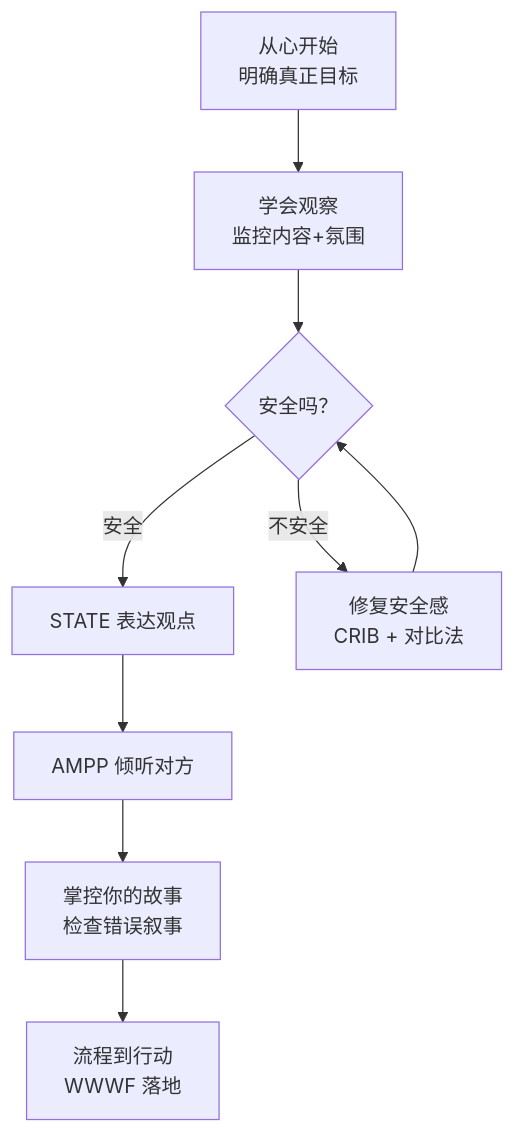
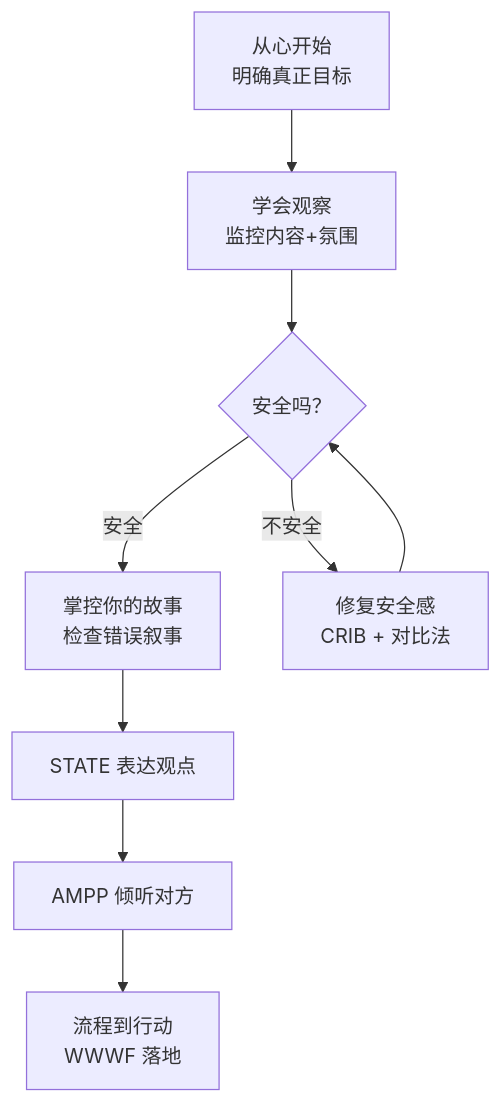
The third of 3 diagrams in 6.BookNotes/《关键对话》/关键对话.md (aawujie/obsidian-notes), drawn with Mermaid before and after one commit. The commit also changed other lines of this file, not shown here.

````diff
--- a/6.BookNotes/《关键对话》/关键对话.md
+++ b/6.BookNotes/《关键对话》/关键对话.md
@@ -148,11 +162,11 @@
 ```mermaid
 flowchart TD
     START[从心开始<br/>明确真正目标] --> OBSERVE[学会观察<br/>监控内容+氛围]
     OBSERVE --> SAFE{安全吗？}
-    SAFE -->|安全| STATE[STATE 表达观点]
+    SAFE -->|安全| REFRAME[掌控你的故事<br/>检查错误叙事]
     SAFE -->|不安全| FIX[修复安全感<br/>CRIB + 对比法]
     FIX --> SAFE
+    REFRAME --> STATE[STATE 表达观点]
     STATE --> LISTEN[AMPP 倾听对方]
-    LISTEN --> REFRAME[掌控你的故事<br/>检查错误叙事]
-    REFRAME --> DECIDE[流程到行动<br/>WWWF 落地]
+    LISTEN --> DECIDE[流程到行动<br/>WWWF 落地]
 ```
````
